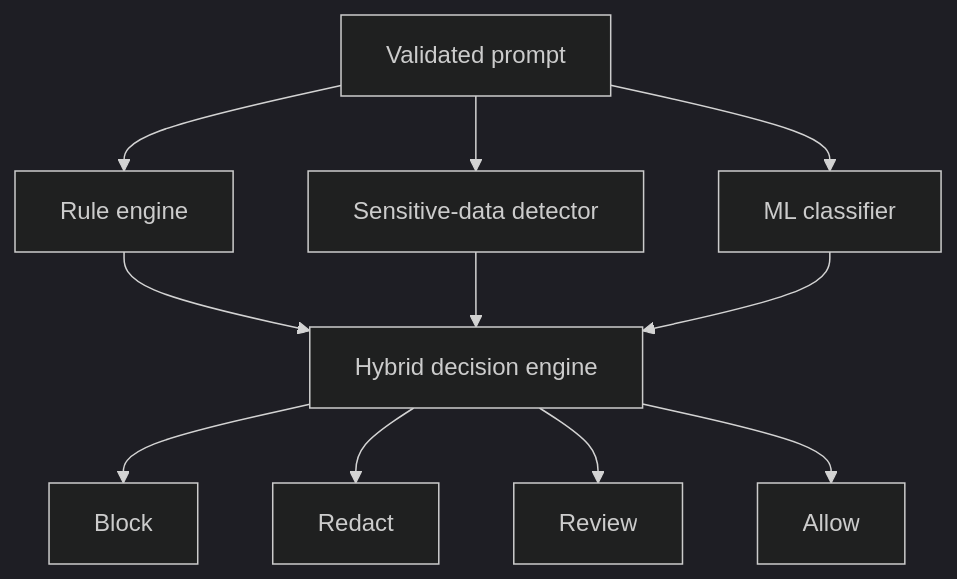
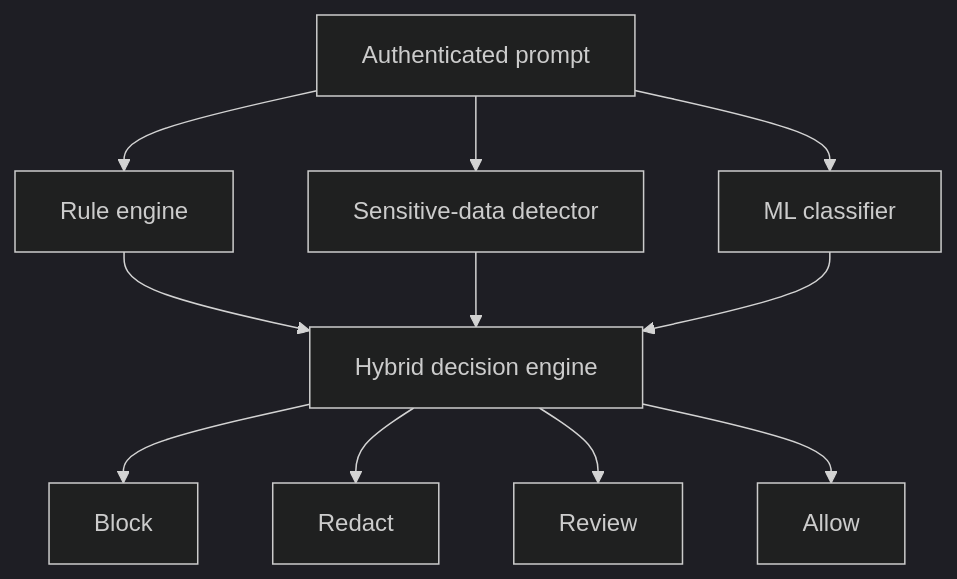
One commit to sreemanbondada-sudo/PromptShield changed the fourth of 8 diagrams in ARCHITECTURE.md. Above: the diagram before and after it, drawn with Mermaid (dark theme). The commit also changed other lines of this file, not shown here.

Commit message:
docs: update authentication architecture

````diff
--- a/ARCHITECTURE.md
+++ b/ARCHITECTURE.md
@@ -51,13 +155,13 @@
 ```mermaid
 flowchart TD
-    A[Validated prompt] --> B[Rule engine]
+    A[Authenticated prompt] --> B[Rule engine]
     A --> C[Sensitive-data detector]
     A --> D[ML classifier]
     B --> E[Hybrid decision engine]
     C --> E
     D --> E
     E --> F[Block]
     E --> G[Redact]
     E --> H[Review]
     E --> I[Allow]
 ```
````
